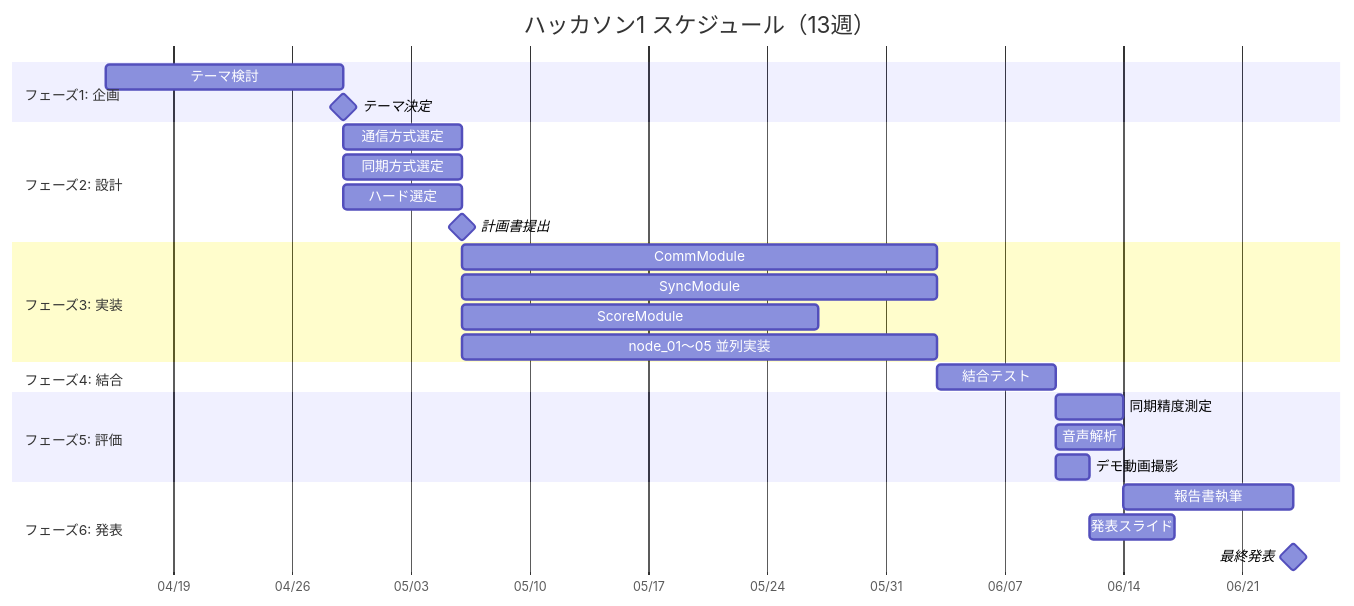
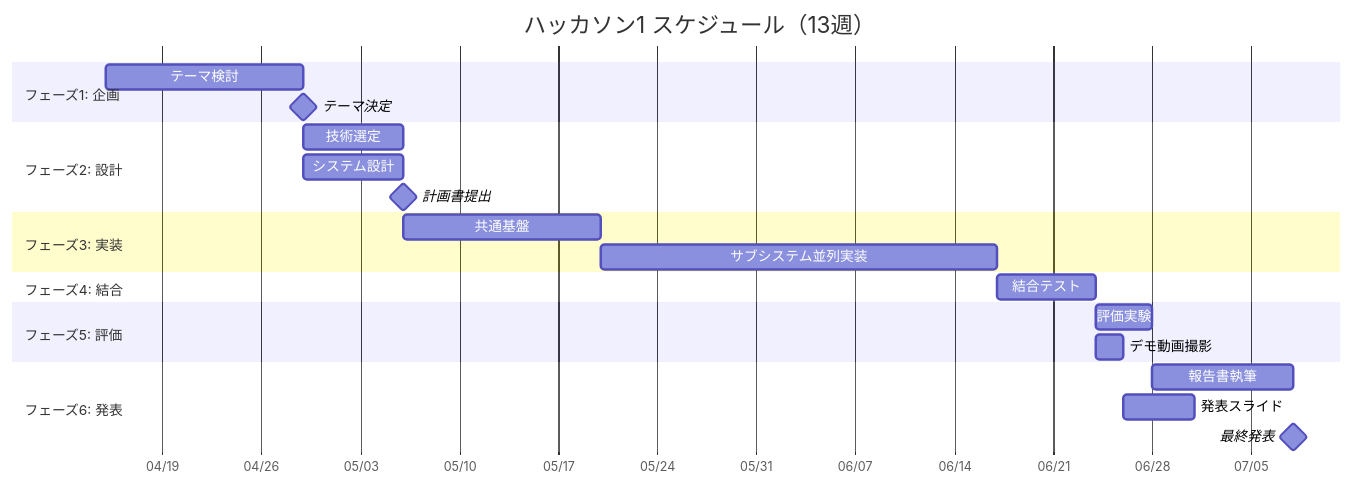
Before and after one commit to takushio2525/hackathon-template: the diagram in meetings/gantt.md, drawn with Mermaid. The commit also changed other lines of this file and 74 other files, not shown here.

````diff
--- a/meetings/gantt.md
+++ b/meetings/gantt.md
@@ -7,35 +9,31 @@
 ```mermaid
 gantt
     title ハッカソン1 スケジュール（13週）
     dateFormat  YYYY-MM-DD
     axisFormat  %m/%d
 
     section フェーズ1: 企画
     テーマ検討          :a1, 2026-04-15, 14d
     テーマ決定          :milestone, after a1, 0d
 
     section フェーズ2: 設計
-    通信方式選定        :a2, after a1, 7d
-    同期方式選定        :a3, after a1, 7d
-    ハード選定          :a4, after a1, 7d
-    計画書提出          :milestone, after a2, 0d
+    技術選定            :a2, after a1, 7d
+    システム設計        :a3, after a1, 7d
+    計画書提出          :milestone, after a3, 0d
 
     section フェーズ3: 実装
-    CommModule          :b1, after a2, 28d
-    SyncModule          :b2, after a3, 28d
-    ScoreModule         :b3, after a2, 21d
-    node_01〜05 並列実装 :b4, after a4, 28d
+    共通基盤            :b1, after a3, 14d
+    サブシステム並列実装 :b2, after b1, 28d
 
     section フェーズ4: 結合
-    結合テスト           :c1, after b4, 7d
+    結合テスト           :c1, after b2, 7d
 
     section フェーズ5: 評価
-    同期精度測定         :d1, after c1, 4d
-    音声解析             :d2, after c1, 4d
-    デモ動画撮影         :d3, after c1, 2d
+    評価実験             :d1, after c1, 4d
+    デモ動画撮影         :d2, after c1, 2d
 
     section フェーズ6: 発表
     報告書執筆           :e1, after d1, 10d
-    発表スライド         :e2, after d3, 5d
+    発表スライド         :e2, after d2, 5d
     最終発表             :milestone, after e1, 0d
 ```
````
